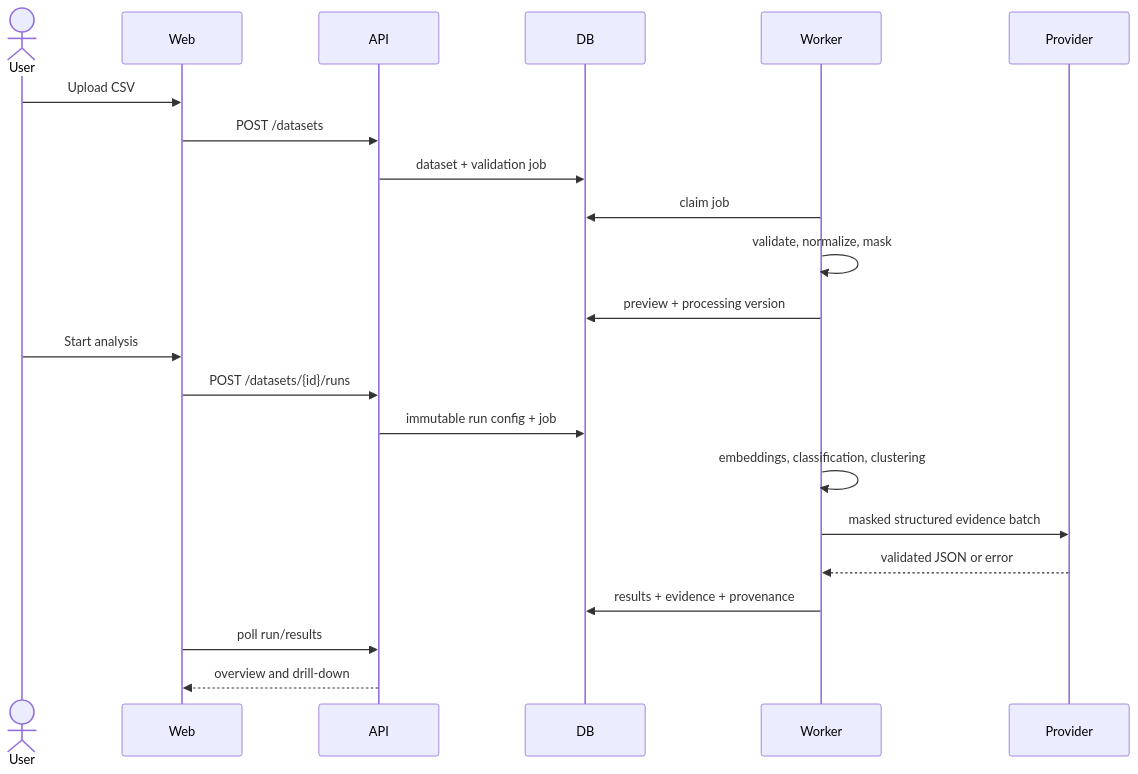
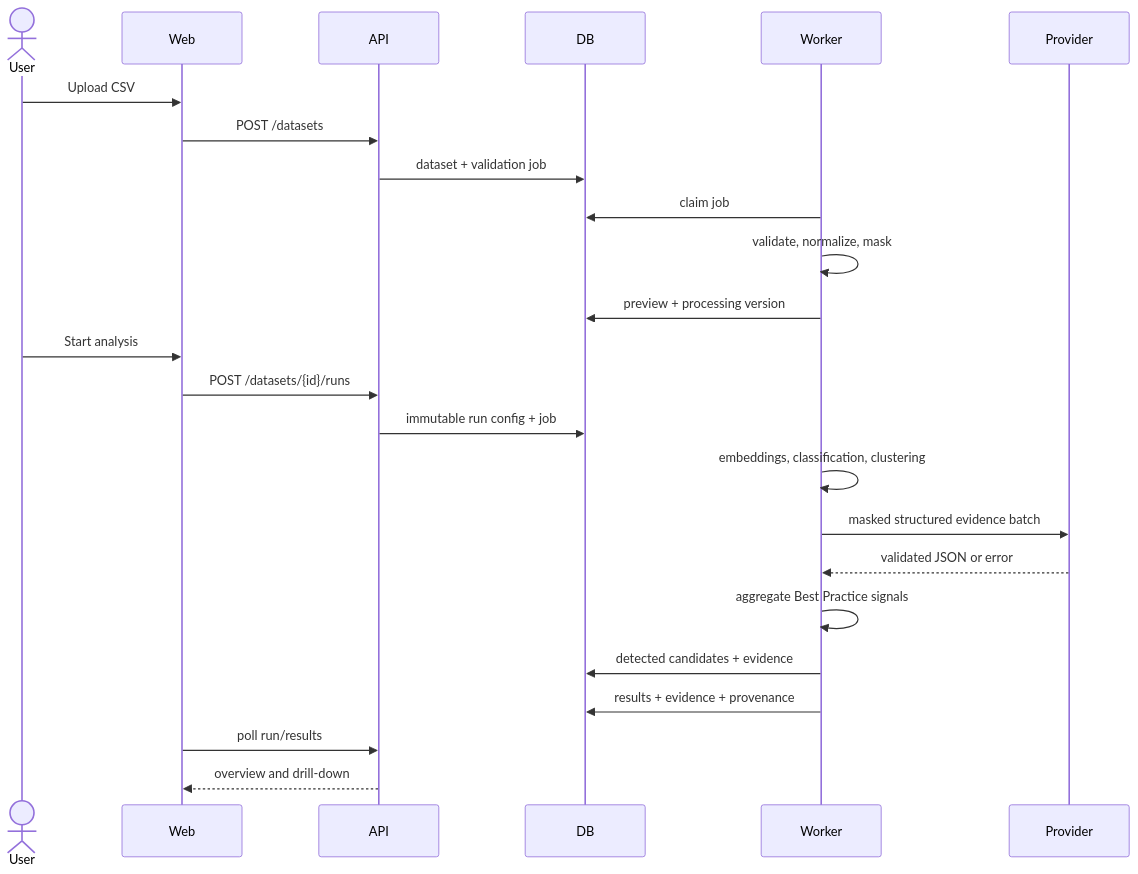
The third of 3 diagrams in docs/09-architecture.md (Pobedych/Arvexo-Radar), drawn with Mermaid before and after one commit. The commit also changed other lines of this file and 64 other files, not shown here.

````diff
--- a/docs/09-architecture.md
+++ b/docs/09-architecture.md
@@ -62,25 +62,27 @@
 ```mermaid
 sequenceDiagram
     actor User
     participant Web
     participant API
     participant DB
     participant Worker
     participant Provider
 
     User->>Web: Upload CSV
     Web->>API: POST /datasets
     API->>DB: dataset + validation job
     Worker->>DB: claim job
     Worker->>Worker: validate, normalize, mask
     Worker->>DB: preview + processing version
     User->>Web: Start analysis
     Web->>API: POST /datasets/{id}/runs
     API->>DB: immutable run config + job
     Worker->>Worker: embeddings, classification, clustering
     Worker->>Provider: masked structured evidence batch
     Provider-->>Worker: validated JSON or error
+    Worker->>Worker: aggregate Best Practice signals
+    Worker->>DB: detected candidates + evidence
     Worker->>DB: results + evidence + provenance
     Web->>API: poll run/results
     API-->>Web: overview and drill-down
 ```
````
